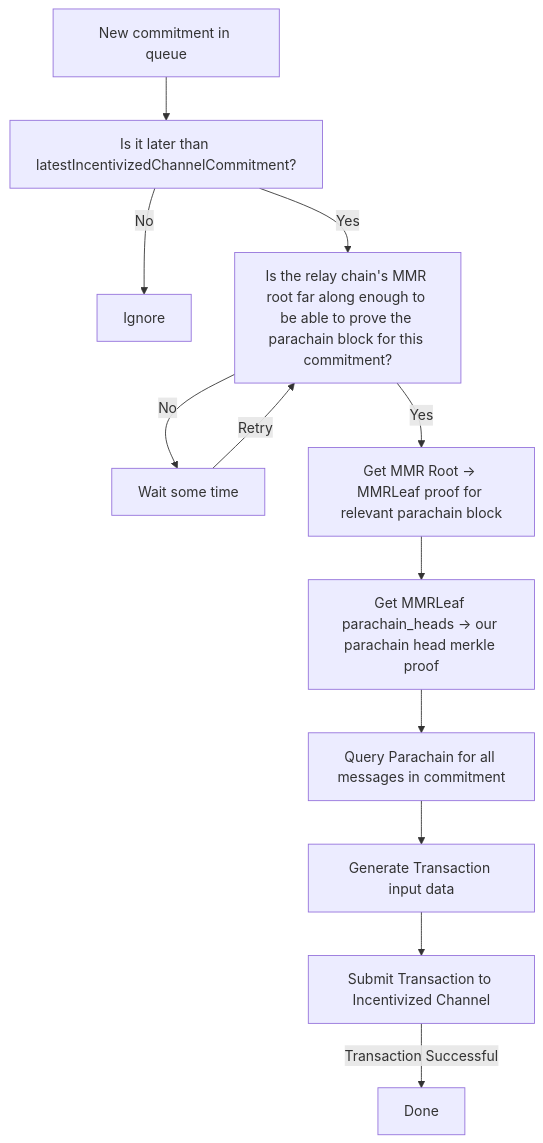
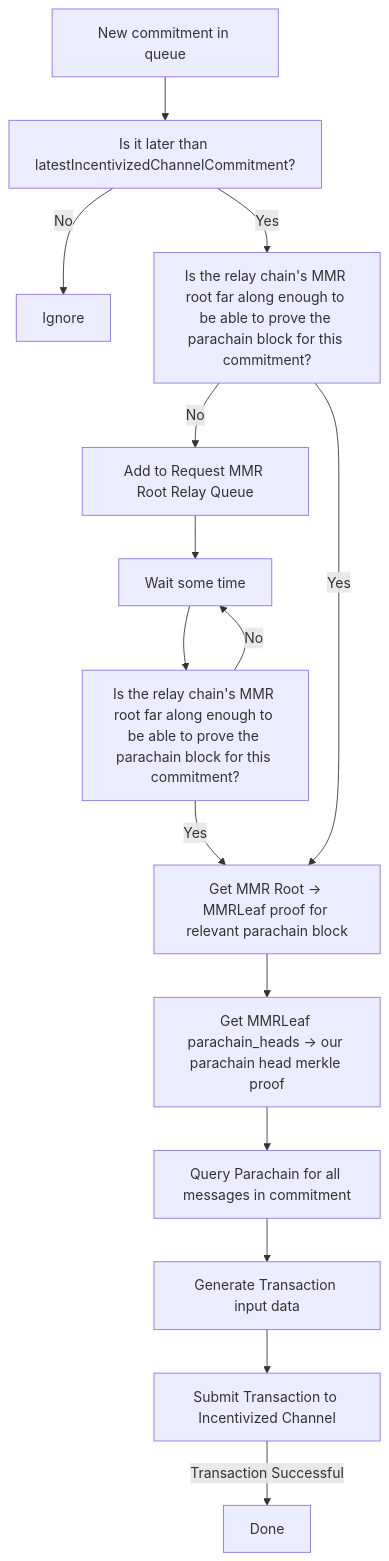
One commit to Snowfork/snowbridge changed the seventh of 8 diagrams in docs/markdown/using-snowchain/validating-and-relaying/relayer-flow.md. Above: the diagram before and after it, drawn with Mermaid. The commit also changed other lines of this file, not shown here.

Commit message:
flow updated

````diff
--- a/docs/markdown/using-snowchain/validating-and-relaying/relayer-flow.md
+++ b/docs/markdown/using-snowchain/validating-and-relaying/relayer-flow.md
@@ -103,25 +103,30 @@
 ```mermaid!
 graph TD;
   M1[New commitment in queue];
   M1-->M1a;
   M1a[Is it later than latestIncentivizedChannelCommitment?];
   M1a-- No -->M2;
   M1a-- Yes -->M3;
   M2[Ignore];
   M3[Is the relay chain's MMR root far along enough to be able to prove the parachain block for this commitment?];
-  M3-- No -->M4;
+  M3-- No -->M30;
+  M30[Add to Request MMR Root Relay Queue];
+  M30-->M4;
+  M4[Wait some time];
+  M4-->M40;
+  M40[Is the relay chain's MMR root far along enough to be able to prove the parachain block for this commitment?];
+  M40-- No -->M4;
+  M40-- Yes -->M5;
   M3-- Yes -->M5;
-  M4[Wait some time];
-  M4-- Retry -->M3;
   M5[Get MMR Root -> MMRLeaf proof for relevant parachain block];
   M6[Get MMRLeaf parachain_heads -> our parachain head merkle proof];
   M7[Query Parachain for all messages in commitment];
   M8[Generate Transaction input data];
   M9[Submit Transaction to Incentivized Channel];
   M5-->M6
   M6-->M7
   M7-->M8
   M8-->M9
   M9--Transaction Successful -->M10;
   M10[Done];
 ```
````
